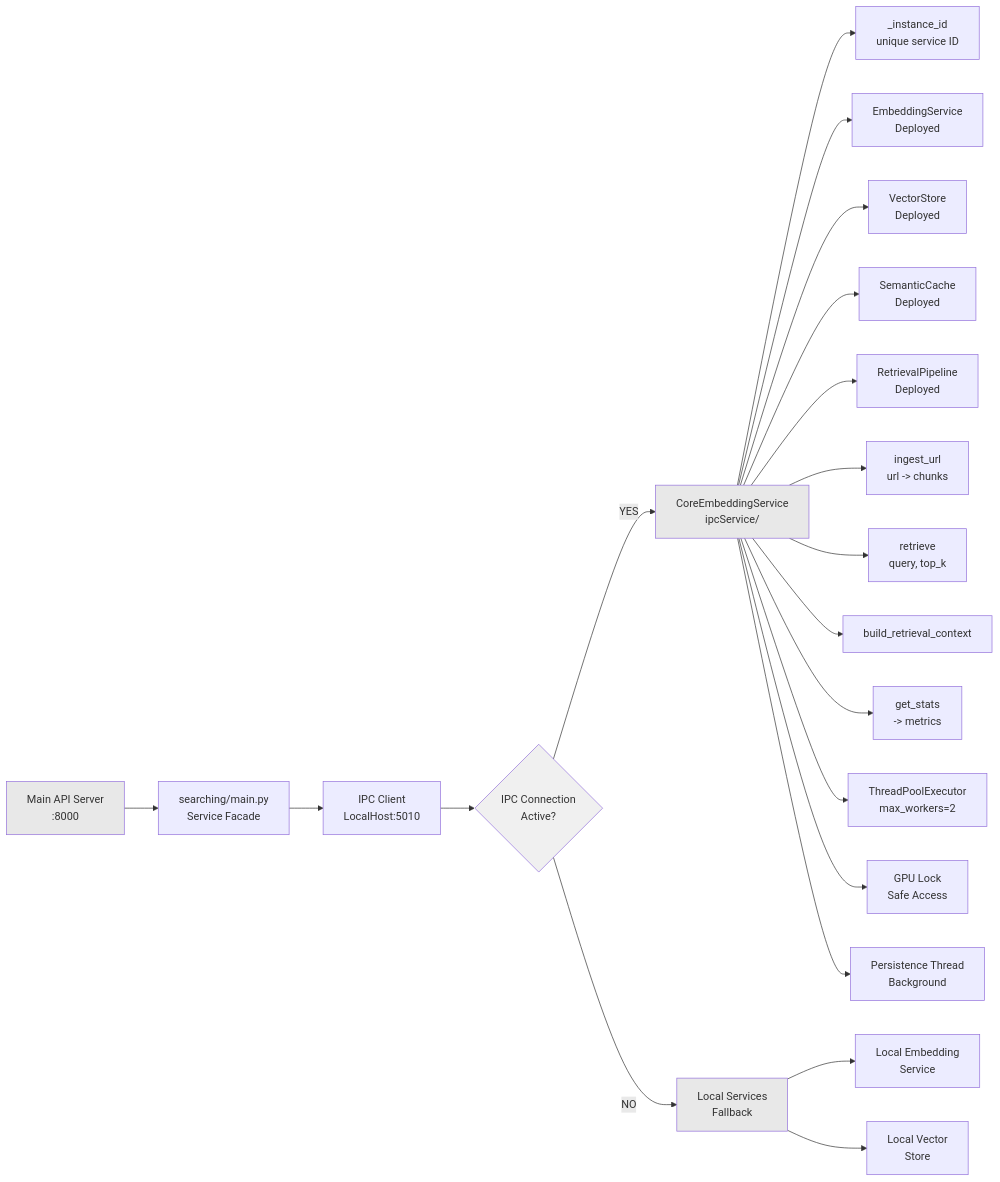
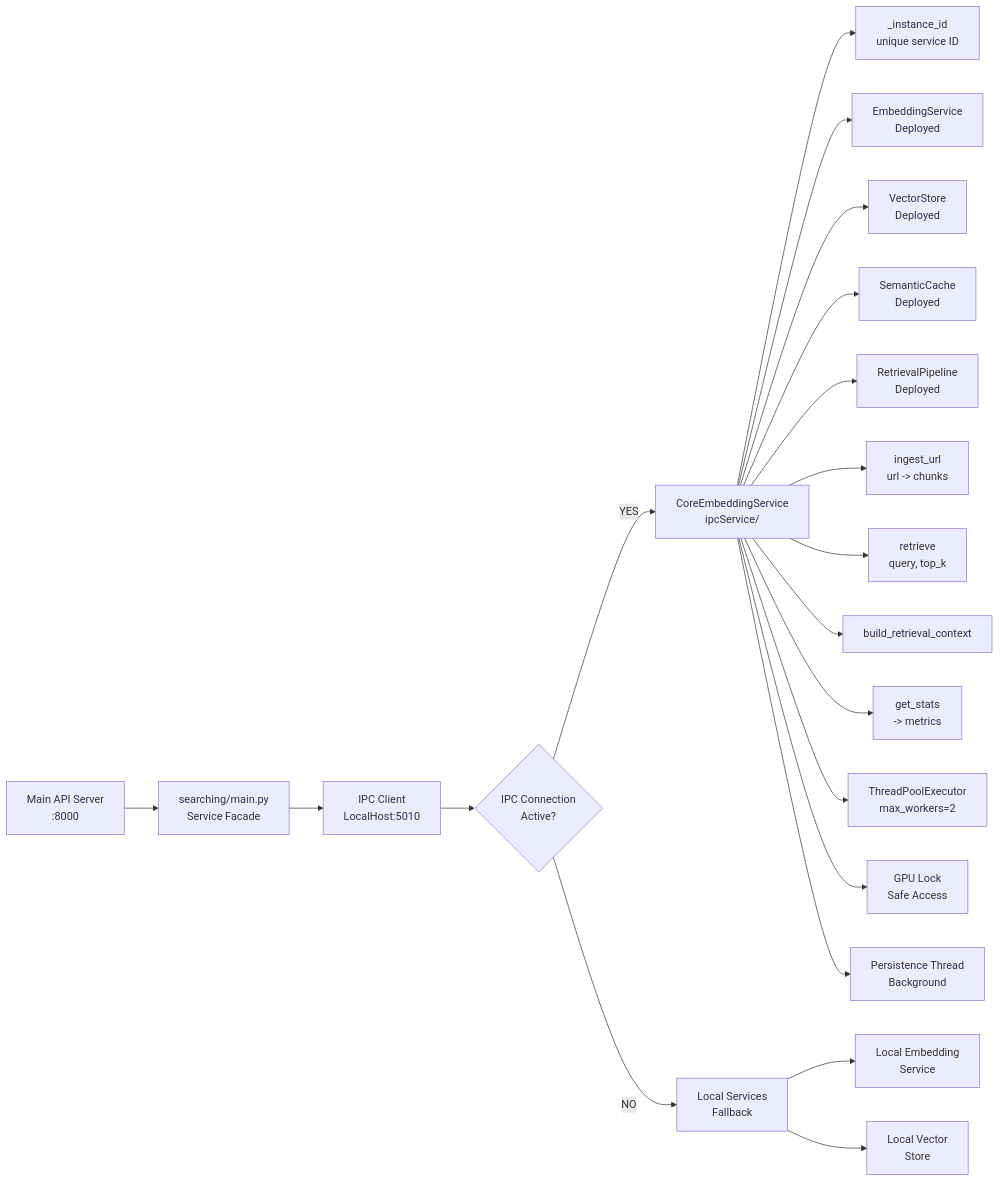
Before and after one commit to pollinations/lixSearch: diagram 12 of 18 in DOCS/FULL_ARCHITECTURE.md, drawn with Mermaid. The commit also changed other lines of this file, not shown here.

Commit message:
feat: Enhance documentation with Node.js API services layer and service orchestration details

````diff
--- a/DOCS/FULL_ARCHITECTURE.md
+++ b/DOCS/FULL_ARCHITECTURE.md
@@ -810,59 +926,59 @@
 ```mermaid
 graph LR
     Main["Main API Server<br/>:8000"]
     SearchingService["searching/main.py<br/>Service Facade"]
     
     IPCClient["IPC Client<br/>LocalHost:5010"]
     IPCConnection{"IPC Connection<br/>Active?"}
     
     CoreService["CoreEmbeddingService<br/>ipcService/"]
     InstanceID["_instance_id<br/>unique service ID"]
     
     EmbedServiceDeployed["EmbeddingService<br/>Deployed"]
     VectorStoreDeployed["VectorStore<br/>Deployed"]
     SemanticCacheDeployed["SemanticCache<br/>Deployed"]
     RetPipelineDeployed["RetrievalPipeline<br/>Deployed"]
     
     IngestURL["ingest_url<br/>url -> chunks"]
     RetrieveQuery["retrieve<br/>query, top_k"]
     BuildContext["build_retrieval_context"]
     GetStats["get_stats<br/>-> metrics"]
     
     ThreadPool["ThreadPoolExecutor<br/>max_workers=2"]
     GPULock["GPU Lock<br/>Safe Access"]
     PersistWorker["Persistence Thread<br/>Background"]
     
     LocalFallback["Local Services<br/>Fallback"]
     LocalEmbed["Local Embedding<br/>Service"]
     LocalVector["Local Vector<br/>Store"]
     
     Main --> SearchingService
     SearchingService --> IPCClient
     IPCClient --> IPCConnection
     
     IPCConnection -->|YES| CoreService
     IPCConnection -->|NO| LocalFallback
     
     CoreService --> InstanceID
     CoreService --> EmbedServiceDeployed
     CoreService --> VectorStoreDeployed
     CoreService --> SemanticCacheDeployed
     CoreService --> RetPipelineDeployed
     
     CoreService --> IngestURL
     CoreService --> RetrieveQuery
     CoreService --> BuildContext
     CoreService --> GetStats
     
     CoreService --> ThreadPool
     CoreService --> GPULock
     CoreService --> PersistWorker
     
     LocalFallback --> LocalEmbed
     LocalFallback --> LocalVector
     
-    style Main fill:#E8E8E8
-    style CoreService fill:#E8E8E8
-    style IPCConnection fill:#F0F0F0
-    style LocalFallback fill:#E8E8E8
+    style Main fill:#000;color:#fff
+    style CoreService fill:#000;color:#fff
+    style IPCConnection fill:#000;color:#fff
+    style LocalFallback fill:#000;color:#fff
 ```
````
